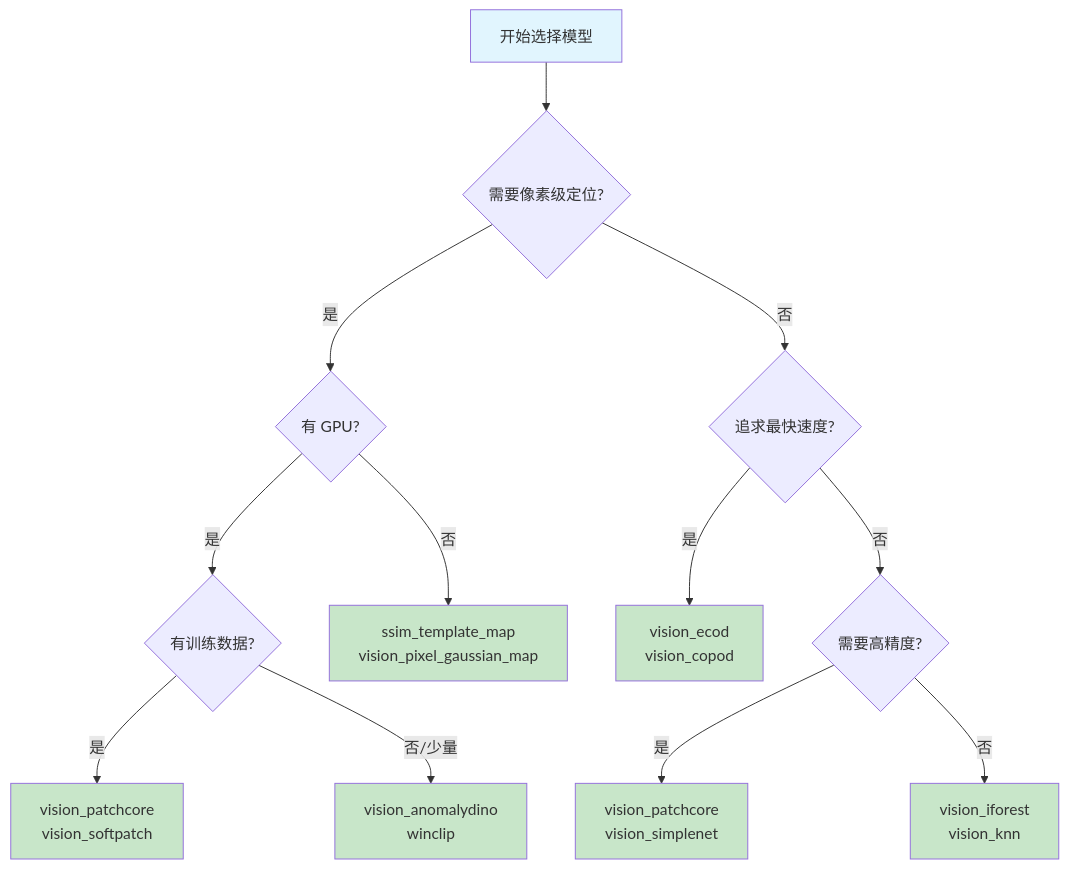
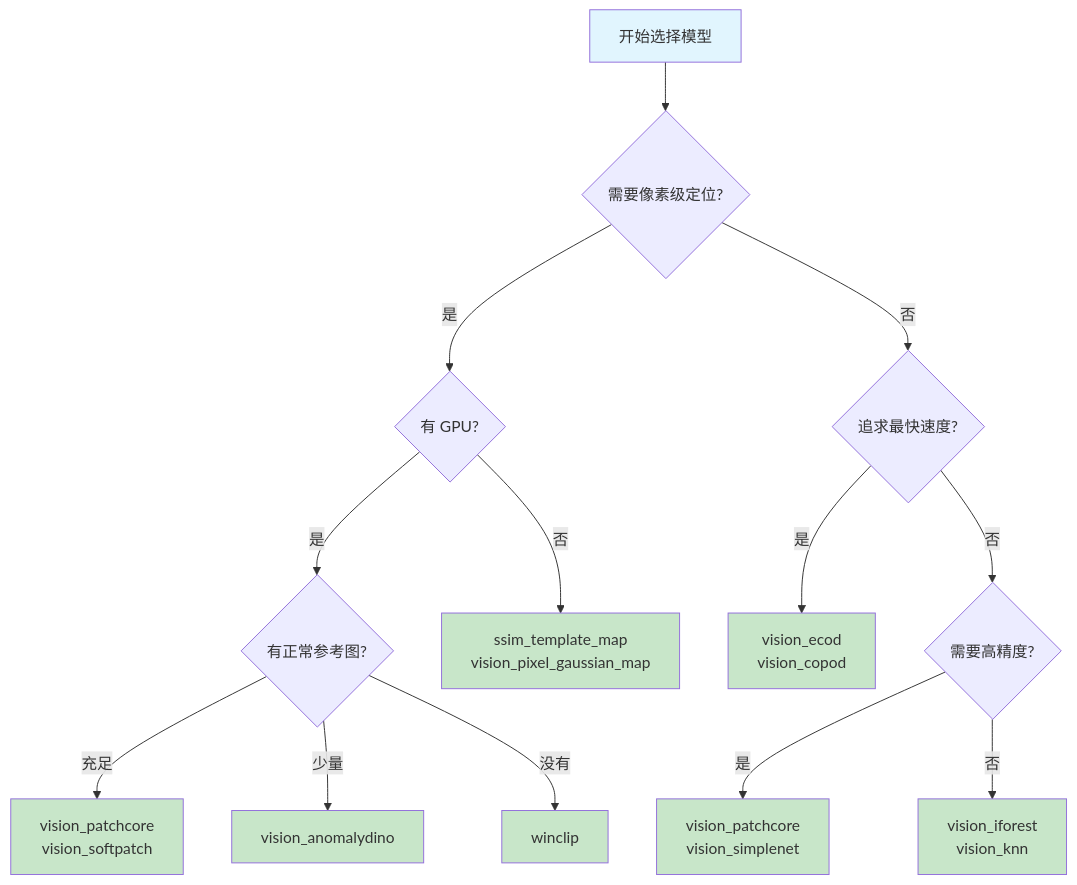
One commit to skygazer42/pyimgano changed the diagram in docs/site/models/index.md. Above: the diagram before and after it, drawn with Mermaid. The commit also changed other lines of this file and 16 other files, not shown here.

````diff
--- a/docs/site/models/index.md
+++ b/docs/site/models/index.md
@@ -55,22 +56,24 @@
 ```mermaid
 flowchart TD
     A["开始选择模型"] --> B{"需要像素级定位?"}
     B -->|是| C{"有 GPU?"}
     B -->|否| D{"追求最快速度?"}
-    C -->|是| E{"有训练数据?"}
+    C -->|是| E{"有正常参考图?"}
     C -->|否| F["ssim_template_map\nvision_pixel_gaussian_map"]
-    E -->|是| G["vision_patchcore\nvision_softpatch"]
-    E -->|否/少量| H["vision_anomalydino\nwinclip"]
+    E -->|充足| G["vision_patchcore\nvision_softpatch"]
+    E -->|少量| H["vision_anomalydino"]
+    E -->|没有| M["winclip"]
     D -->|是| I["vision_ecod\nvision_copod"]
     D -->|否| J{"需要高精度?"}
     J -->|是| K["vision_patchcore\nvision_simplenet"]
     J -->|否| L["vision_iforest\nvision_knn"]
 
     style A fill:#e1f5fe
     style G fill:#c8e6c9
     style H fill:#c8e6c9
+    style M fill:#c8e6c9
     style I fill:#c8e6c9
     style F fill:#c8e6c9
     style K fill:#c8e6c9
     style L fill:#c8e6c9
 ```
````
